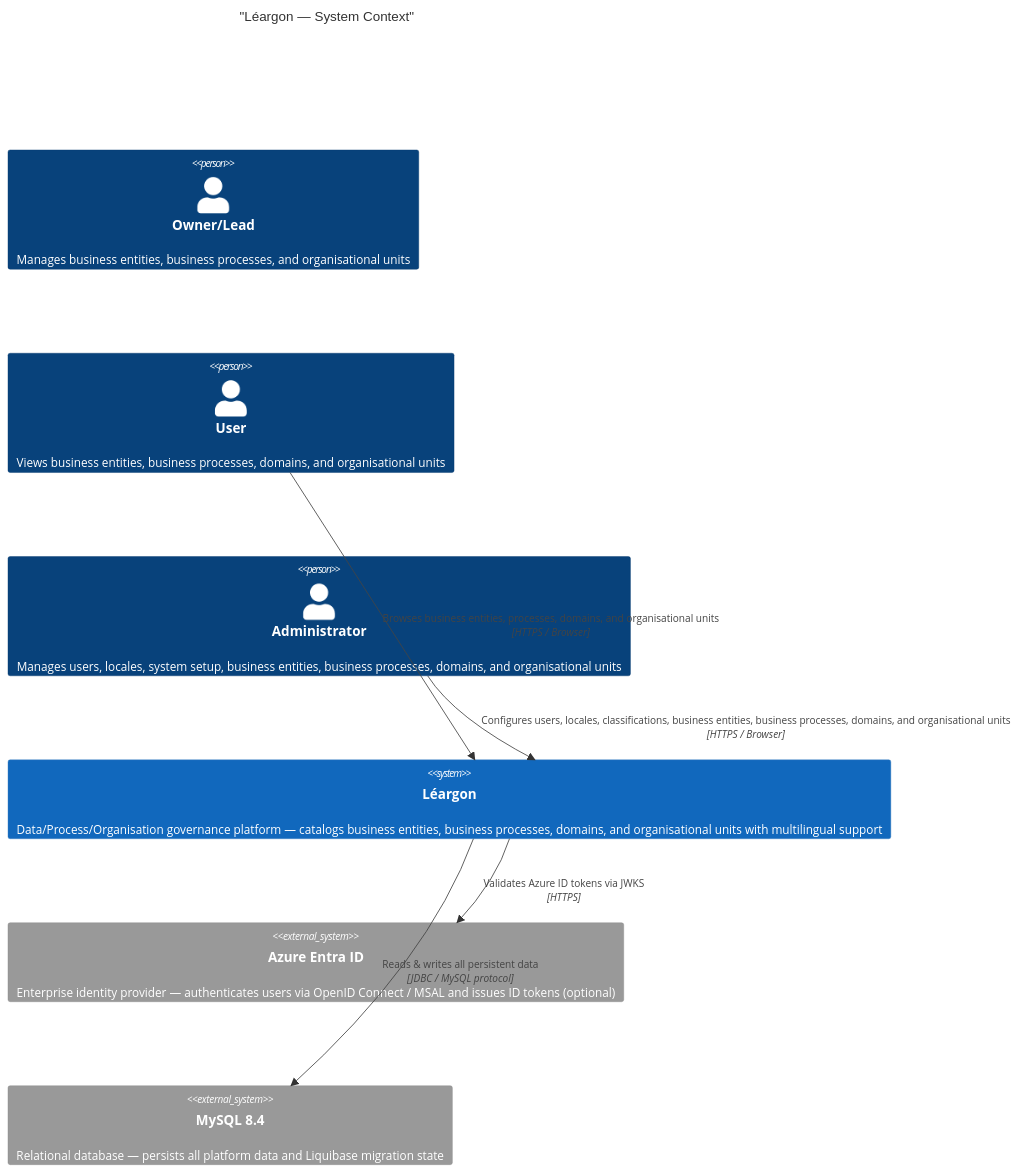
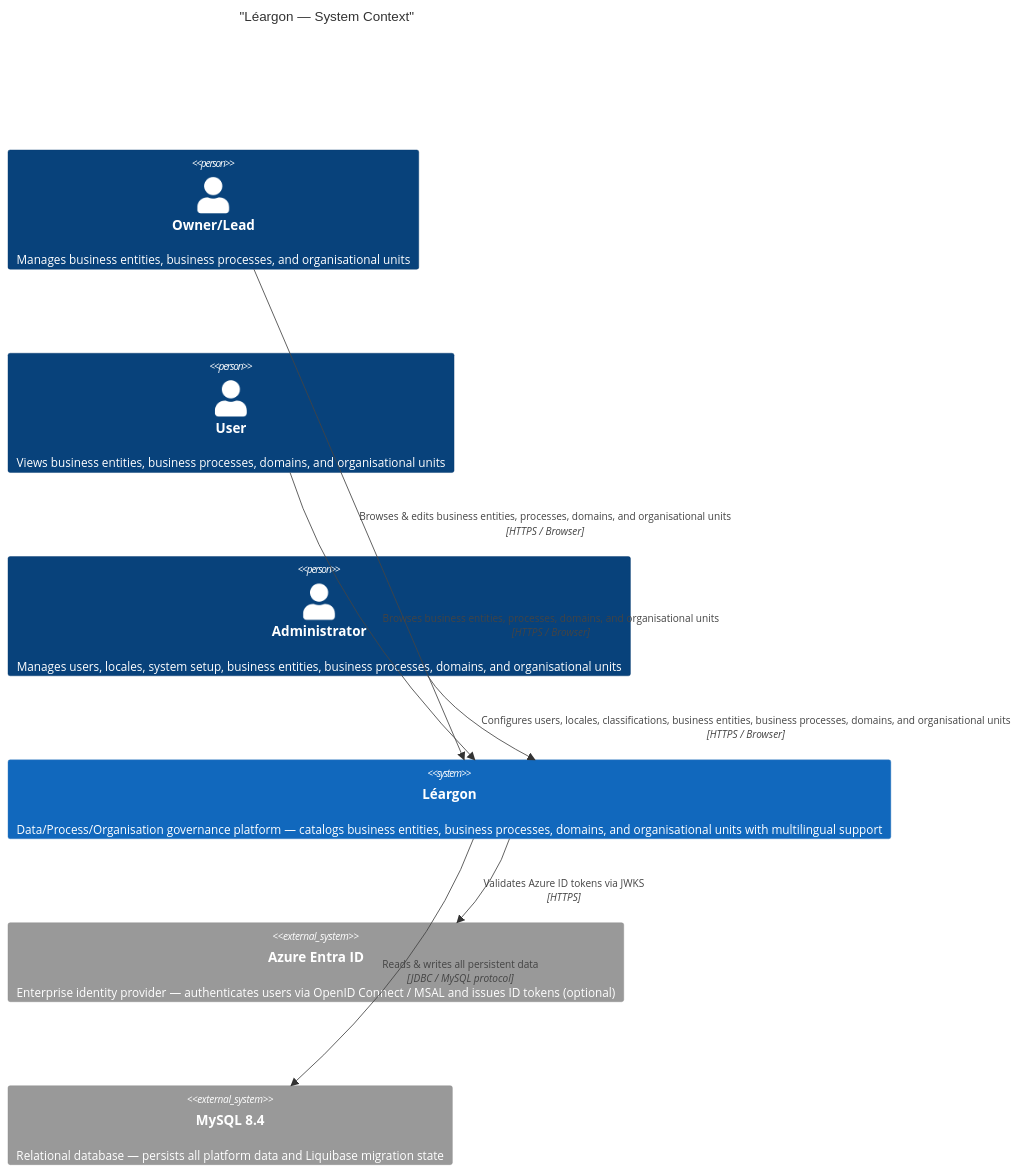
One commit to Leargon/Leargon changed the first of 7 diagrams in ARCHITECTURE.md. Above: the diagram before and after it, drawn with Mermaid.

````diff
--- a/ARCHITECTURE.md
+++ b/ARCHITECTURE.md
@@ -11,19 +11,19 @@
 ```mermaid
 C4Context
   title "Léargon — System Context"
 
   Person(owner, "Owner/Lead", "Manages business entities, business processes, and organisational units")
   Person(user, "User", "Views business entities, business processes, domains, and organisational units")
   Person(admin, "Administrator", "Manages users, locales, system setup, business entities, business processes, domains, and organisational units")
 
   System(leargon, "Léargon", "Data/Process/Organisation governance platform — catalogs business entities, business processes, domains, and organisational units with multilingual support")
 
   System_Ext(azure, "Azure Entra ID", "Enterprise identity provider — authenticates users via OpenID Connect / MSAL and issues ID tokens (optional)")
   System_Ext(db, "MySQL 8.4", "Relational database — persists all platform data and Liquibase migration state")
 
-  Rel(user, leargon, "Browses & edits business entities, processes, domains, and organisational units", "HTTPS / Browser")
+  Rel(owner, leargon, "Browses & edits business entities, processes, domains, and organisational units", "HTTPS / Browser")
   Rel(user, leargon, "Browses business entities, processes, domains, and organisational units", "HTTPS / Browser")
   Rel(admin, leargon, "Configures users, locales, classifications, business entities, business processes, domains, and organisational units", "HTTPS / Browser")
   Rel(leargon, azure, "Validates Azure ID tokens via JWKS", "HTTPS")
   Rel(leargon, db, "Reads & writes all persistent data", "JDBC / MySQL protocol")
 ```
````
